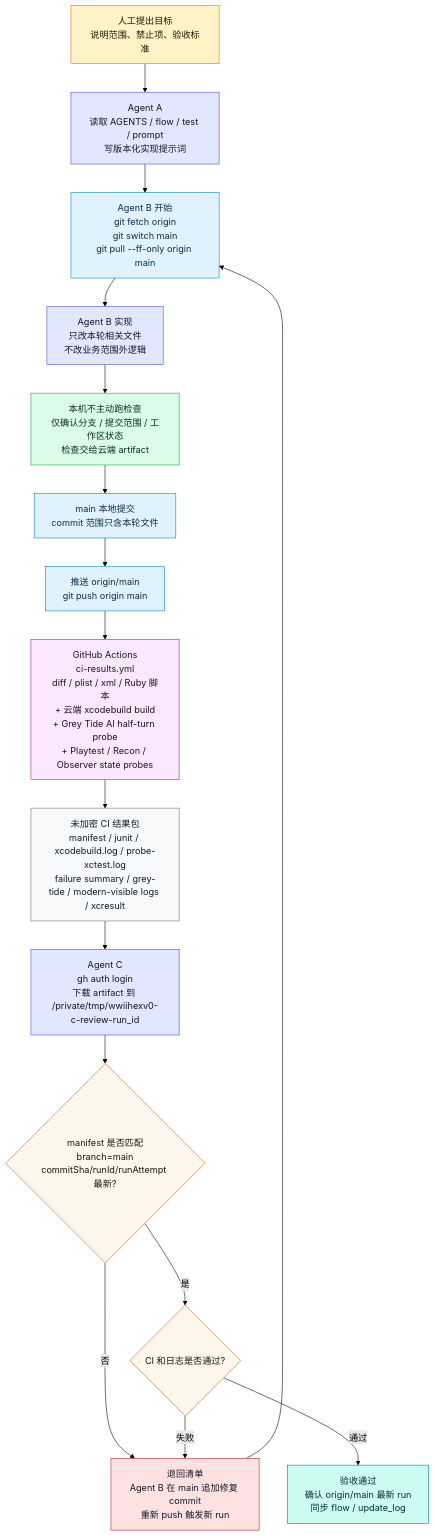
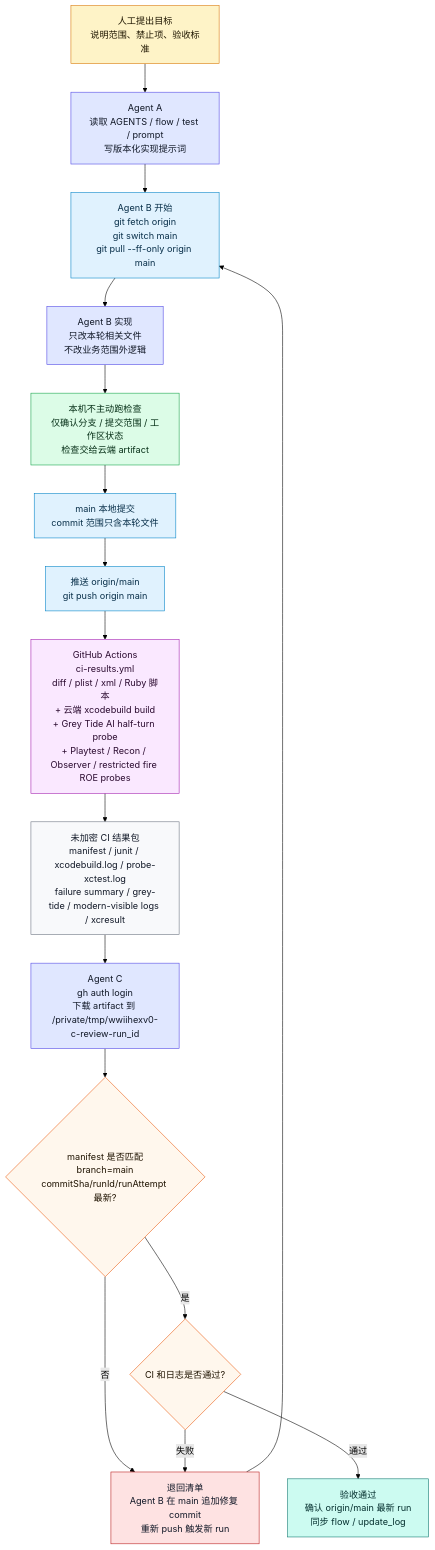
Before and after one commit to Altman-sam114/127: the first of 20 diagrams in md/flow/flowchart.md, drawn with Mermaid (forest theme). The commit also changed other lines of this file and 7 other files, not shown here.

````diff
--- a/md/flow/flowchart.md
+++ b/md/flow/flowchart.md
@@ -31,33 +31,33 @@
 ```mermaid
 flowchart TD
     HUMAN["人工提出目标<br/>说明范围、禁止项、验收标准"]:::input
     A["Agent A<br/>读取 AGENTS / flow / test / prompt<br/>写版本化实现提示词"]:::agent
     B0["Agent B 开始<br/>git fetch origin<br/>git switch main<br/>git pull --ff-only origin main"]:::git
     B1["Agent B 实现<br/>只改本轮相关文件<br/>不改业务范围外逻辑"]:::agent
     LOCAL["本机不主动跑检查<br/>仅确认分支 / 提交范围 / 工作区状态<br/>检查交给云端 artifact"]:::check
     COMMIT["main 本地提交<br/>commit 范围只含本轮文件"]:::git
     PUSH["推送 origin/main<br/>git push origin main"]:::git
-    GHA["GitHub Actions<br/>ci-results.yml<br/>diff / plist / xml / Ruby 脚本<br/>+ 云端 xcodebuild build<br/>+ Grey Tide AI half-turn probe<br/>+ Playtest / Recon / Observer state probes"]:::cloud
+    GHA["GitHub Actions<br/>ci-results.yml<br/>diff / plist / xml / Ruby 脚本<br/>+ 云端 xcodebuild build<br/>+ Grey Tide AI half-turn probe<br/>+ Playtest / Recon / Observer / restricted fire ROE probes"]:::cloud
     ART["未加密 CI 结果包<br/>manifest / junit / xcodebuild.log / probe-xctest.log<br/>failure summary / grey-tide / modern-visible logs / xcresult"]:::artifact
     C0["Agent C<br/>gh auth login<br/>下载 artifact 到 /private/tmp/wwiihexv0-c-review-run_id"]:::agent
     C1{"manifest 是否匹配<br/>branch=main<br/>commitSha/runId/runAttempt 最新?"}:::decision
     C2{"CI 和日志是否通过?"}:::decision
     REJECT["退回清单<br/>Agent B 在 main 追加修复 commit<br/>重新 push 触发新 run"]:::stop
     ACCEPT["验收通过<br/>确认 origin/main 最新 run<br/>同步 flow / update_log"]:::ok
 
     HUMAN --> A --> B0 --> B1 --> LOCAL --> COMMIT --> PUSH --> GHA --> ART --> C0 --> C1
     C1 -->|否| REJECT --> B0
     C1 -->|是| C2
     C2 -->|失败| REJECT
     C2 -->|通过| ACCEPT
 
     classDef input fill:#fef3c7,stroke:#d97706,color:#1f1600
     classDef agent fill:#e0e7ff,stroke:#4f46e5,color:#111827
     classDef git fill:#e0f2fe,stroke:#0284c7,color:#082f49
     classDef check fill:#dcfce7,stroke:#16a34a,color:#052e16
     classDef cloud fill:#fae8ff,stroke:#a21caf,color:#2a0a2f
     classDef artifact fill:#f8f9fb,stroke:#6b7280,color:#111827
     classDef decision fill:#fff7ed,stroke:#ea580c,color:#1f1300
     classDef stop fill:#fee2e2,stroke:#b91c1c,color:#111827
     classDef ok fill:#ccfbf1,stroke:#0f766e,color:#042f2e
 ```
````
